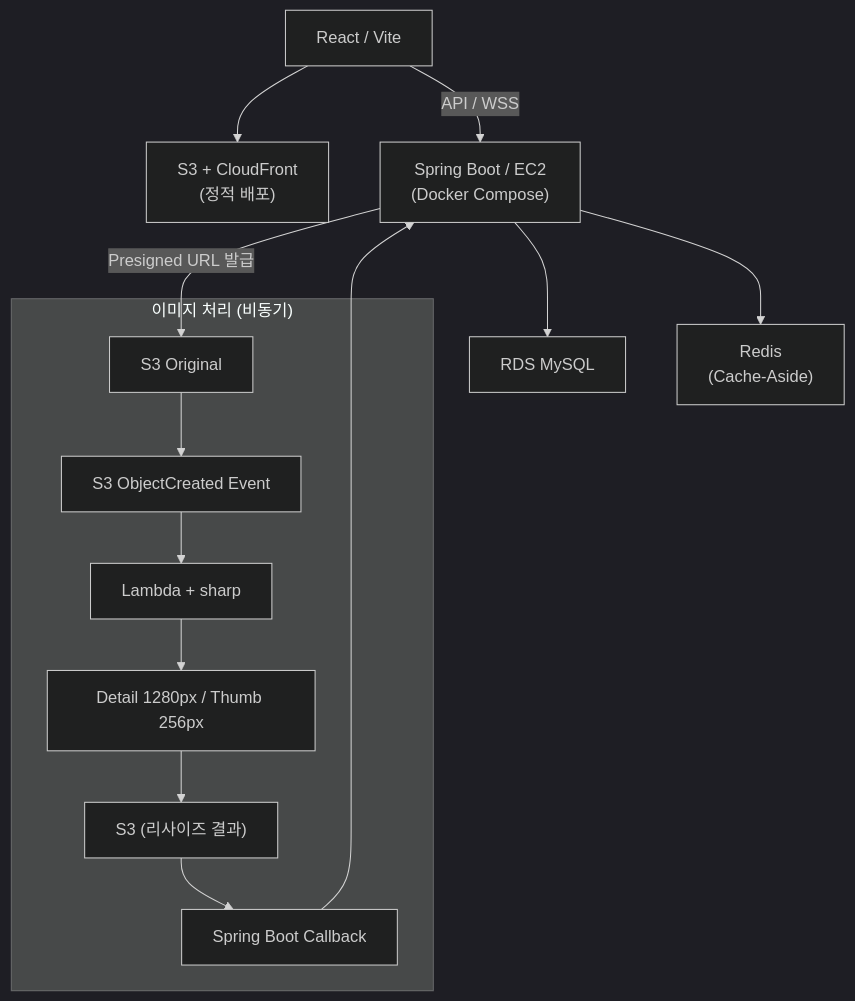
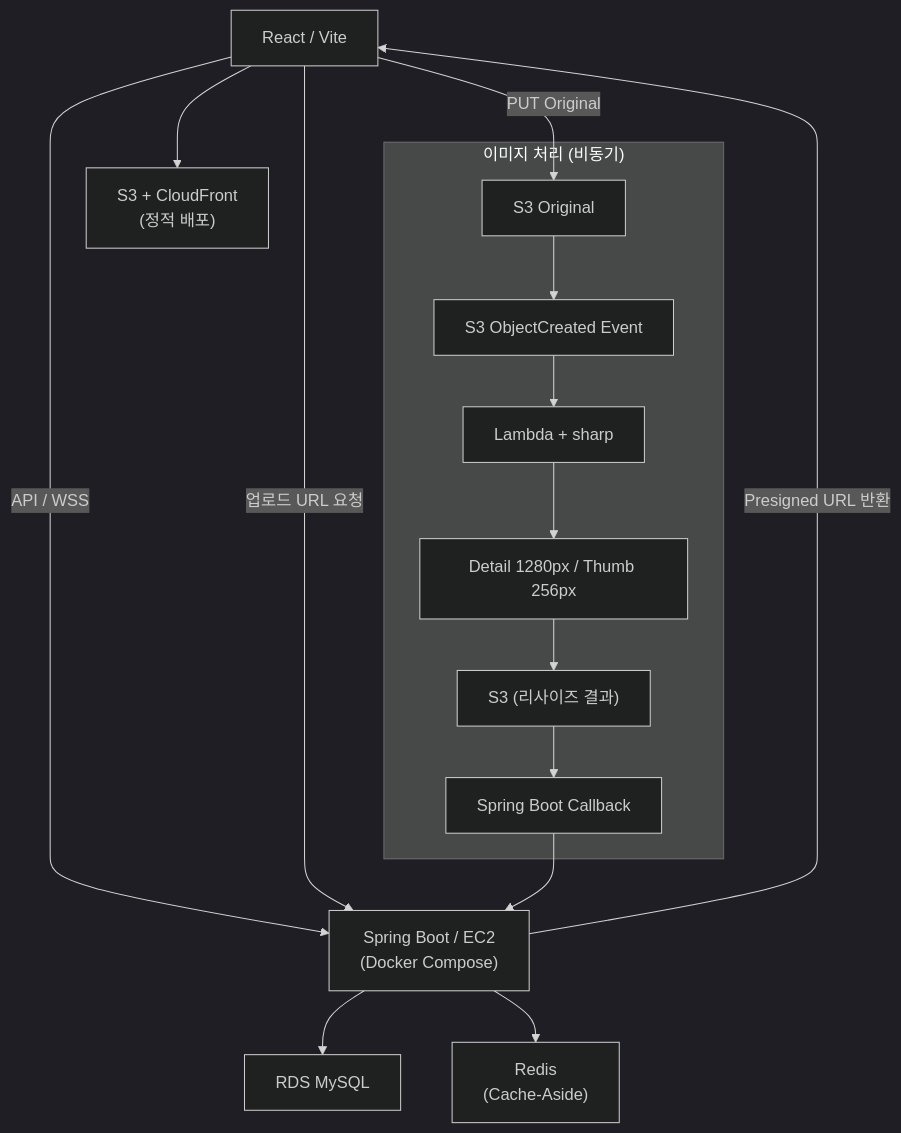
Before and after one commit to cherry-market/cherry-architecture: the first of 4 diagrams in architecture/low-cost-migration.md, drawn with Mermaid (dark theme). The commit also changed other lines of this file, not shown here.

First line of the commit message:
docs: 다이어그램 Presigned URL 흐름 정정 및 Queue 표현 완화

````diff
--- a/architecture/low-cost-migration.md
+++ b/architecture/low-cost-migration.md
@@ -41,18 +41,20 @@
 ```mermaid
 flowchart TD
     A["React / Vite"] --> B["S3 + CloudFront<br/>(정적 배포)"]
     A -->|API / WSS| C["Spring Boot / EC2<br/>(Docker Compose)"]
     C --> D["RDS MySQL"]
     C --> E["Redis<br/>(Cache-Aside)"]
 
     subgraph IMG["이미지 처리 (비동기)"]
         F["S3 Original"] --> G["S3 ObjectCreated Event"]
         G --> H["Lambda + sharp"]
         H --> I["Detail 1280px / Thumb 256px"]
         I --> J["S3 (리사이즈 결과)"]
         J --> K["Spring Boot Callback"]
     end
 
-    C -->|Presigned URL 발급| F
+    A -->|업로드 URL 요청| C
+    C -->|Presigned URL 반환| A
+    A -->|PUT Original| F
     K --> C
 ```
````
